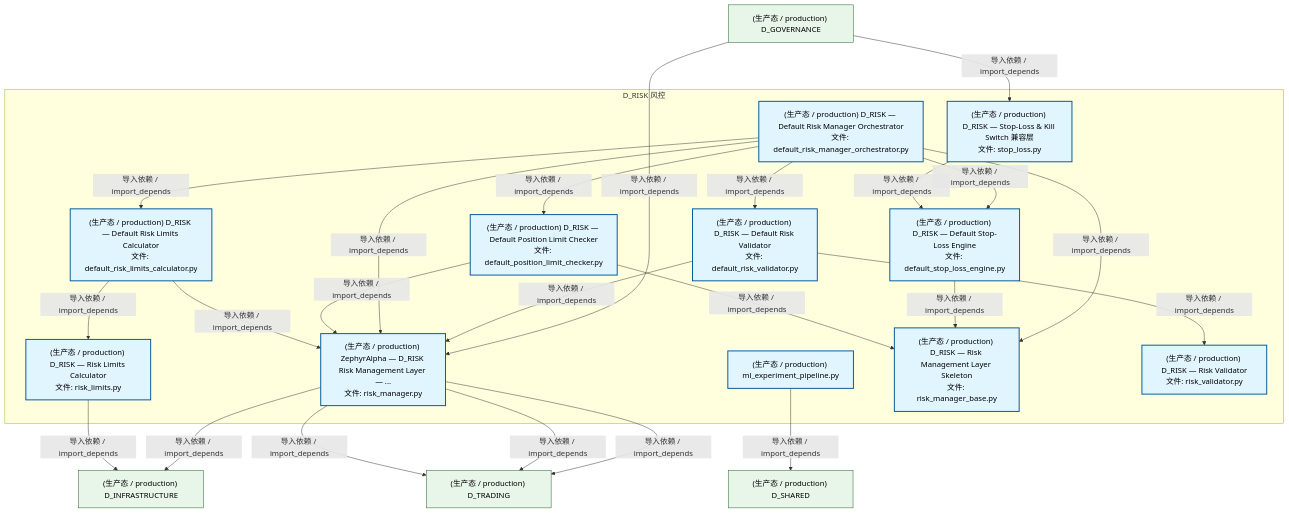
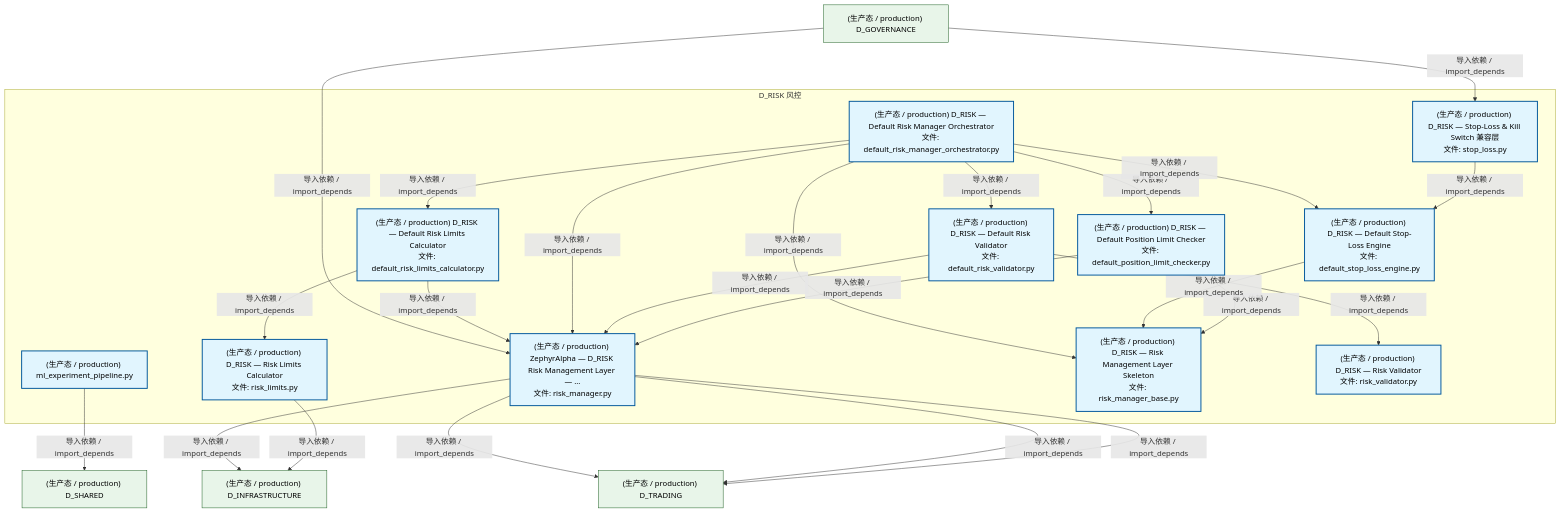
Before and after one commit to xuanFelixVan/ZephyrAlpha: the first of 3 diagrams in docs/02_enterprise_architecture/02_domain_architecture_docs/65_d_risk.md, drawn with Mermaid. The commit also changed other lines of this file and 41 other files, not shown here.

````diff
--- a/docs/02_enterprise_architecture/02_domain_architecture_docs/65_d_risk.md
+++ b/docs/02_enterprise_architecture/02_domain_architecture_docs/65_d_risk.md
@@ -76,48 +76,48 @@
 ```mermaid
 graph TD
     subgraph D_RISK["D_RISK 风控"]
         src_zephyr_risk_cross_asset_cross_market_data_adapter_ml_experiment_pipeline_py["(生产态 / production) ml_experiment_pipeline.py"]
         src_zephyr_risk_implementations_default_position_limit_checker_py["(生产态 / production) D_RISK — Default Position Limit Checker<br/>文件: default_position_limit_checker.py"]
         src_zephyr_risk_implementations_default_risk_limits_calculator_py["(生产态 / production) D_RISK — Default Risk Limits Calculator<br/>文件: default_risk_limits_calculator.py"]
         src_zephyr_risk_implementations_default_risk_manager_orchestrator_py["(生产态 / production) D_RISK — Default Risk Manager Orchestrator<br/>文件: default_risk_manager_orchestrator.py"]
         src_zephyr_risk_implementations_default_risk_validator_py["(生产态 / production) D_RISK — Default Risk Validator<br/>文件: default_risk_validator.py"]
         src_zephyr_risk_implementations_default_stop_loss_engine_py["(生产态 / production) D_RISK — Default Stop-Loss Engine<br/>文件: default_stop_loss_engine.py"]
         src_zephyr_risk_risk_limits_py["(生产态 / production) D_RISK — Risk Limits Calculator<br/>文件: risk_limits.py"]
         src_zephyr_risk_risk_manager_py["(生产态 / production) ZephyrAlpha — D_RISK Risk Management Layer — ...<br/>文件: risk_manager.py"]
         src_zephyr_risk_risk_manager_base_py["(生产态 / production) D_RISK — Risk Management Layer Skeleton<br/>文件: risk_manager_base.py"]
         src_zephyr_risk_risk_validator_py["(生产态 / production) D_RISK — Risk Validator<br/>文件: risk_validator.py"]
         src_zephyr_risk_stop_loss_py["(生产态 / production) D_RISK — Stop-Loss & Kill Switch 兼容层<br/>文件: stop_loss.py"]
     end
     src_zephyr_risk_stop_loss_py -->|导入依赖 / import_depends| src_zephyr_risk_implementations_default_stop_loss_engine_py
-    src_zephyr_risk_implementations_default_risk_limits_calculator_py -->|导入依赖 / import_depends| src_zephyr_risk_risk_manager_py
-    src_zephyr_risk_implementations_default_risk_limits_calculator_py -->|导入依赖 / import_depends| src_zephyr_risk_risk_limits_py
     src_zephyr_risk_implementations_default_position_limit_checker_py -->|导入依赖 / import_depends| src_zephyr_risk_risk_manager_py
     src_zephyr_risk_implementations_default_position_limit_checker_py -->|导入依赖 / import_depends| src_zephyr_risk_risk_manager_base_py
+    src_zephyr_risk_implementations_default_risk_validator_py -->|导入依赖 / import_depends| src_zephyr_risk_risk_manager_py
+    src_zephyr_risk_implementations_default_risk_validator_py -->|导入依赖 / import_depends| src_zephyr_risk_risk_validator_py
     src_zephyr_risk_implementations_default_stop_loss_engine_py -->|导入依赖 / import_depends| src_zephyr_risk_risk_manager_base_py
     src_zephyr_risk_implementations_default_risk_manager_orchestrator_py -->|导入依赖 / import_depends| src_zephyr_risk_risk_manager_py
     src_zephyr_risk_implementations_default_risk_manager_orchestrator_py -->|导入依赖 / import_depends| src_zephyr_risk_risk_manager_base_py
+    src_zephyr_risk_implementations_default_risk_manager_orchestrator_py -->|导入依赖 / import_depends| src_zephyr_risk_implementations_default_position_limit_checker_py
+    src_zephyr_risk_implementations_default_risk_manager_orchestrator_py -->|导入依赖 / import_depends| src_zephyr_risk_implementations_default_risk_validator_py
+    src_zephyr_risk_implementations_default_risk_manager_orchestrator_py -->|导入依赖 / import_depends| src_zephyr_risk_implementations_default_stop_loss_engine_py
     src_zephyr_risk_implementations_default_risk_manager_orchestrator_py -->|导入依赖 / import_depends| src_zephyr_risk_implementations_default_risk_limits_calculator_py
-    src_zephyr_risk_implementations_default_risk_manager_orchestrator_py -->|导入依赖 / import_depends| src_zephyr_risk_implementations_default_position_limit_checker_py
-    src_zephyr_risk_implementations_default_risk_manager_orchestrator_py -->|导入依赖 / import_depends| src_zephyr_risk_implementations_default_stop_loss_engine_py
-    src_zephyr_risk_implementations_default_risk_manager_orchestrator_py -->|导入依赖 / import_depends| src_zephyr_risk_implementations_default_risk_validator_py
-    src_zephyr_risk_implementations_default_risk_validator_py -->|导入依赖 / import_depends| src_zephyr_risk_risk_manager_py
-    src_zephyr_risk_implementations_default_risk_validator_py -->|导入依赖 / import_depends| src_zephyr_risk_risk_validator_py
+    src_zephyr_risk_implementations_default_risk_limits_calculator_py -->|导入依赖 / import_depends| src_zephyr_risk_risk_limits_py
+    src_zephyr_risk_implementations_default_risk_limits_calculator_py -->|导入依赖 / import_depends| src_zephyr_risk_risk_manager_py
     D_INFRASTRUCTURE["(生产态 / production) D_INFRASTRUCTURE"]
     src_zephyr_risk_risk_limits_py -->|导入依赖 / import_depends| D_INFRASTRUCTURE
     src_zephyr_risk_risk_manager_py -->|导入依赖 / import_depends| D_INFRASTRUCTURE
     D_SHARED["(生产态 / production) D_SHARED"]
     src_zephyr_risk_cross_asset_cross_market_data_adapter_ml_experiment_pipeline_py -->|导入依赖 / import_depends| D_SHARED
     D_TRADING["(生产态 / production) D_TRADING"]
     src_zephyr_risk_risk_manager_py -->|导入依赖 / import_depends| D_TRADING
     src_zephyr_risk_risk_manager_py -->|导入依赖 / import_depends| D_TRADING
     src_zephyr_risk_risk_manager_py -->|导入依赖 / import_depends| D_TRADING
     D_GOVERNANCE["(生产态 / production) D_GOVERNANCE"]
     D_GOVERNANCE -->|导入依赖 / import_depends| src_zephyr_risk_risk_manager_py
     D_GOVERNANCE -->|导入依赖 / import_depends| src_zephyr_risk_stop_loss_py
     classDef production fill:#e1f5fe,stroke:#01579b,stroke-width:2px,color:#000
     classDef design fill:#fff3e0,stroke:#e65100,stroke-width:2px,color:#000,stroke-dasharray: 5 5
     classDef external_prod fill:#e8f5e9,stroke:#1b5e20,stroke-width:1px,color:#000
     classDef external_design fill:#fce4ec,stroke:#880e4f,stroke-width:1px,color:#000,stroke-dasharray: 5 5
     class src_zephyr_risk_cross_asset_cross_market_data_adapter_ml_experiment_pipeline_py,src_zephyr_risk_implementations_default_position_limit_checker_py,src_zephyr_risk_implementations_default_risk_limits_calculator_py,src_zephyr_risk_implementations_default_risk_manager_orchestrator_py,src_zephyr_risk_implementations_default_risk_validator_py,src_zephyr_risk_implementations_default_stop_loss_engine_py,src_zephyr_risk_risk_limits_py,src_zephyr_risk_risk_manager_py,src_zephyr_risk_risk_manager_base_py,src_zephyr_risk_risk_validator_py,src_zephyr_risk_stop_loss_py production
     class D_INFRASTRUCTURE,D_SHARED,D_TRADING,D_GOVERNANCE external_prod
 ```
````
